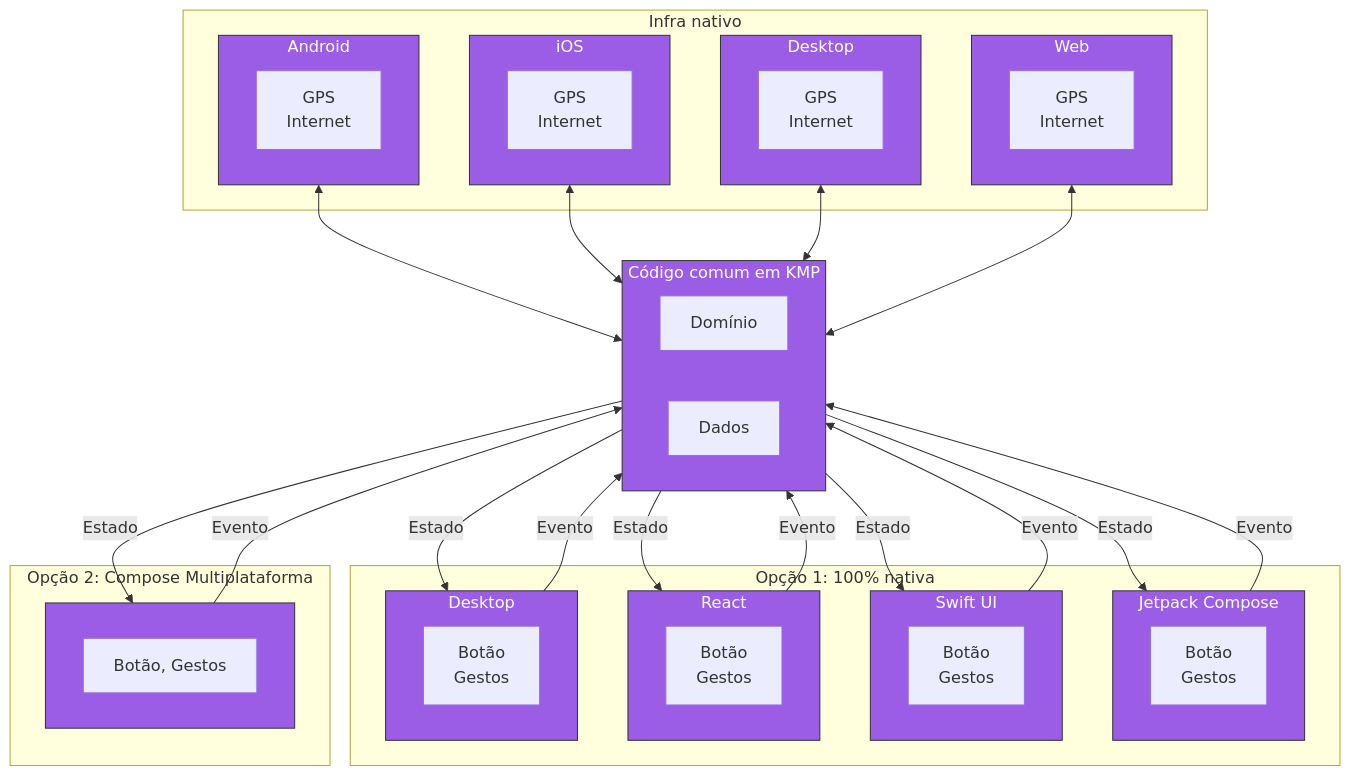
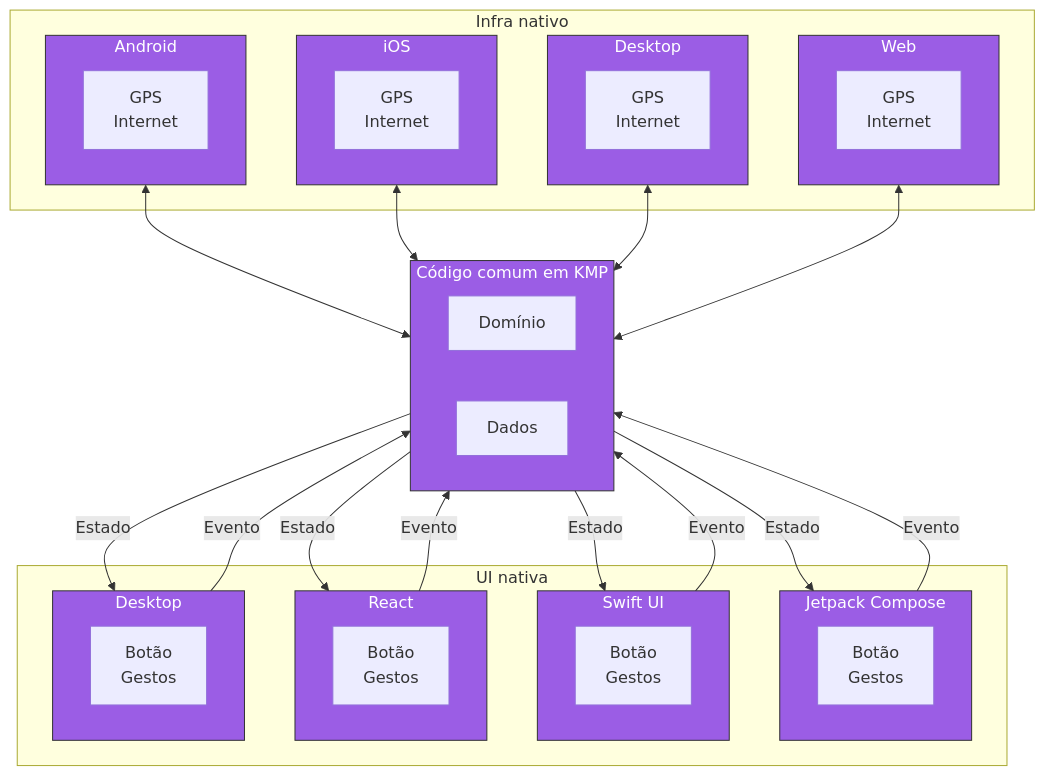
The sixth of 6 diagrams in posts/KMP101-parte1.md (rsicarelli/KMP-101), drawn with Mermaid before and after one commit.

Commit message:
attempt to fix mermaid

````diff
--- a/posts/KMP101-parte1.md
+++ b/posts/KMP101-parte1.md
@@ -395,67 +395,59 @@
 ```mermaid
 graph TD
-    subgraph UI["Opção 1: 100% nativa"]
+    subgraph UI["UI nativa"]
         subgraph Android_UI["&nbsp&nbspJetpack Compose&nbsp&nbsp"]
             AndroidButton[Botão <br> Gestos]
         end
 
         subgraph iOS_UI["Swift UI"]
             iOSButton[Botão <br> Gestos]
         end
 
         subgraph Web_UI["React"]
             WebButton[Botão <br> ️Gestos]
         end
 
         subgraph Desktop_UI["&nbsp&nbspDesktop&nbsp&nbsp"]
             DesktopButton[Botão <br> ️Gestos]
-        end
-    end
-
-    subgraph UI2["Opção 2: Compose Multiplataforma"]
-        subgraph ComposeUI[" "]
-            BotaoKMP["Botão, Gestos"]
         end
     end
 
     subgraph KotlinMP["Código comum em KMP"]
         KMPDomain[Domínio]
         KMPData[Dados]
     end
 
     subgraph Infra["Infra nativo"]
         subgraph Android_Infra["Android"]
             AndroidGPS[️GPS <br> Internet]
         end
 
         subgraph iOS_Infra["iOS"]
             iOSGPS[GPS <br> Internet]
         end
 
         subgraph Desktop_Infra["Desktop"]
             DesktopGPS[️GPS <br> Internet]
         end
 
         subgraph Web_Infra["Web"]
             WebGPS[️GPS <br> Internet]
         end
     end
 
     Android_UI -->|Evento| KotlinMP
     iOS_UI -->|Evento| KotlinMP
     Web_UI -->|Evento| KotlinMP
     Desktop_UI -->|Evento| KotlinMP
-    ComposeUI -->|Evento| KotlinMP
     KotlinMP -->|Estado| Android_UI
     KotlinMP -->|Estado| iOS_UI
     KotlinMP -->|Estado| Web_UI
     KotlinMP -->|Estado| Desktop_UI
-    KotlinMP -->|Estado| ComposeUI
     Android_Infra <--> KotlinMP
     iOS_Infra <--> KotlinMP
     Desktop_Infra <--> KotlinMP
     Web_Infra <--> KotlinMP
     classDef area fill: #9b5de5, color: #fff, stroke: #333, stroke-width: 1px
-    class Android_UI,iOS_UI,Web_UI,Desktop_UI,ComposeUI,KotlinMP area;
+    class Android_UI,iOS_UI,Web_UI,Desktop_UI,KotlinMP area;
     class Android_Infra,iOS_Infra,Desktop_Infra,Web_Infra area;
 ```
````
